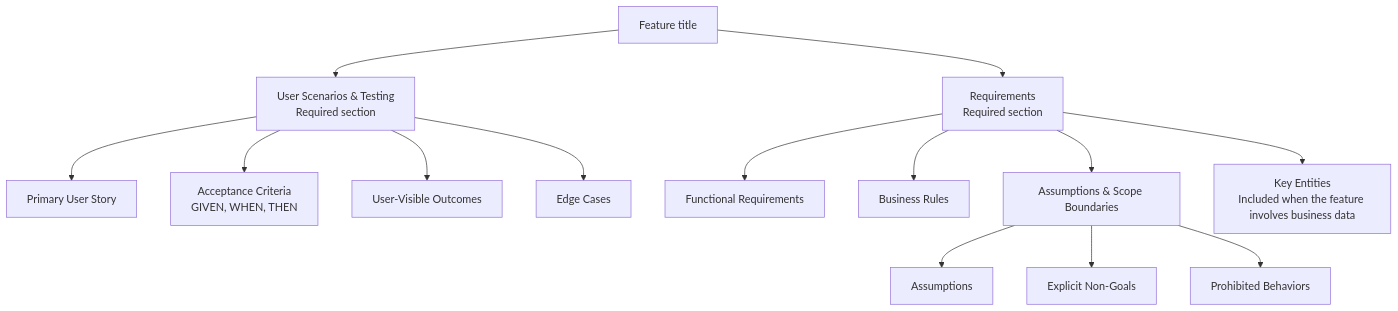
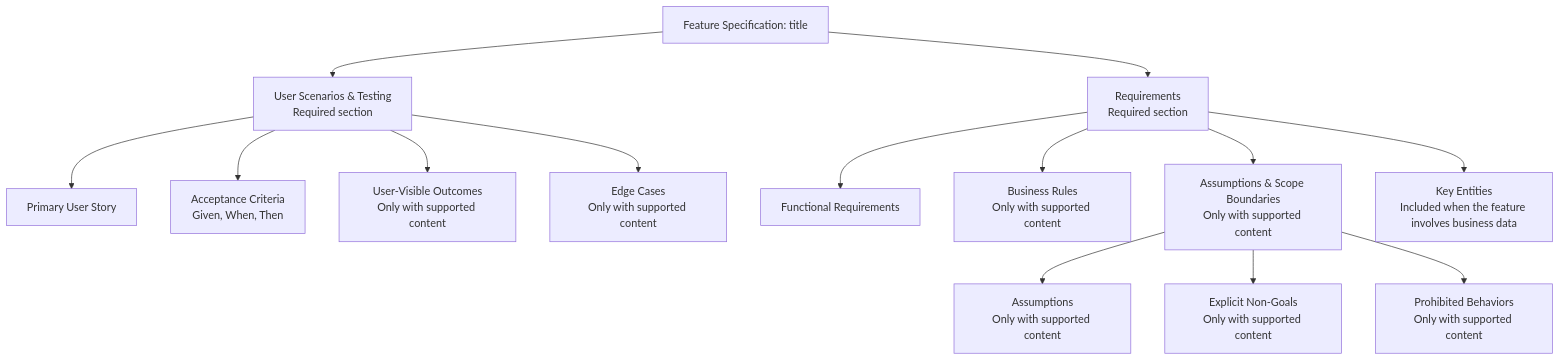
One commit to littledespot/sdde changed the diagram in design/diagrams/11-spec-document-structure.md. Above: the diagram before and after it, drawn with Mermaid. The commit also changed other lines of this file and 30 other files, not shown here.

````diff
--- a/design/diagrams/11-spec-document-structure.md
+++ b/design/diagrams/11-spec-document-structure.md
@@ -3,17 +3,17 @@
 ```mermaid
 flowchart TB
-    TITLE["Feature title"] --> SCENARIOS["User Scenarios & Testing<br/>Required section"]
+    TITLE["Feature Specification: title"] --> SCENARIOS["User Scenarios & Testing<br/>Required section"]
     SCENARIOS --> STORY["Primary User Story"]
-    SCENARIOS --> AC["Acceptance Criteria<br/>GIVEN, WHEN, THEN"]
-    SCENARIOS --> OUTCOMES["User-Visible Outcomes"]
-    SCENARIOS --> EDGES["Edge Cases"]
+    SCENARIOS --> AC["Acceptance Criteria<br/>Given, When, Then"]
+    SCENARIOS --> OUTCOMES["User-Visible Outcomes<br/>Only with supported content"]
+    SCENARIOS --> EDGES["Edge Cases<br/>Only with supported content"]
 
     TITLE --> REQUIREMENTS["Requirements<br/>Required section"]
     REQUIREMENTS --> FUNCTIONAL["Functional Requirements"]
-    REQUIREMENTS --> RULES["Business Rules"]
-    REQUIREMENTS --> SCOPE["Assumptions & Scope Boundaries"]
-    SCOPE --> ASSUMPTIONS["Assumptions"]
-    SCOPE --> NONGOALS["Explicit Non-Goals"]
-    SCOPE --> PROHIBITED["Prohibited Behaviors"]
+    REQUIREMENTS --> RULES["Business Rules<br/>Only with supported content"]
+    REQUIREMENTS --> SCOPE["Assumptions & Scope Boundaries<br/>Only with supported content"]
+    SCOPE --> ASSUMPTIONS["Assumptions<br/>Only with supported content"]
+    SCOPE --> NONGOALS["Explicit Non-Goals<br/>Only with supported content"]
+    SCOPE --> PROHIBITED["Prohibited Behaviors<br/>Only with supported content"]
     REQUIREMENTS --> ENTITIES["Key Entities<br/>Included when the feature involves business data"]
 ```
````
